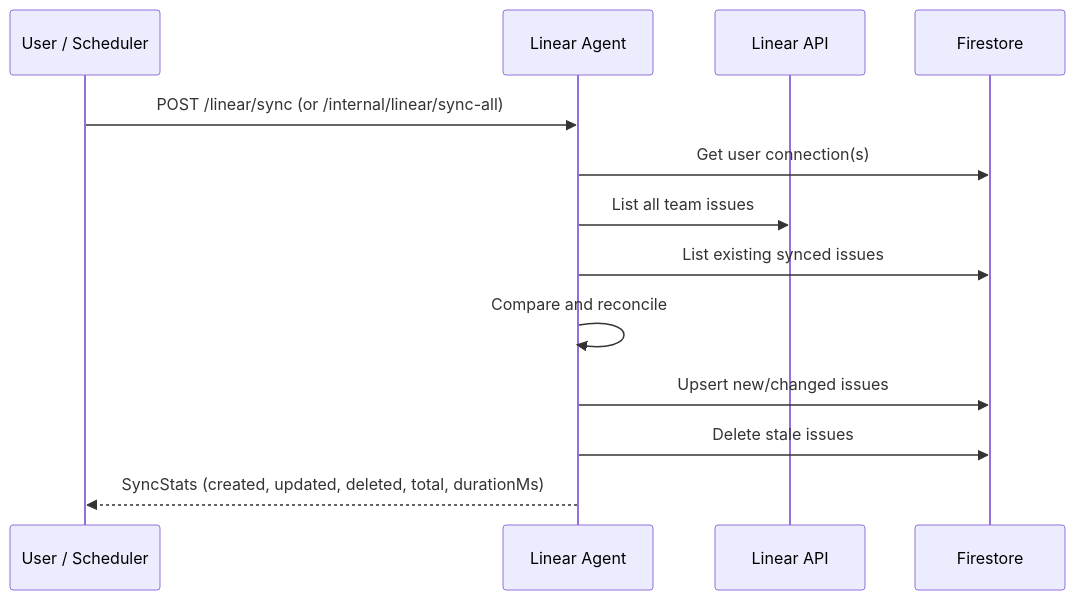
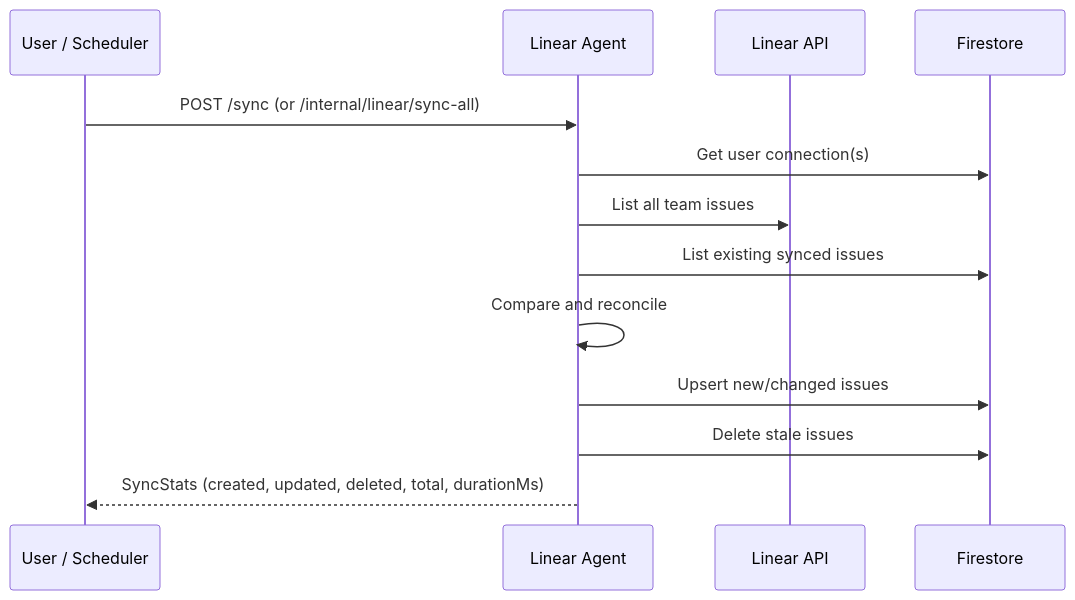
One commit to pbuchman/intexuraos changed the fourth of 5 diagrams in docs/services/linear-agent/technical.md. Above: the diagram before and after it, drawn with Mermaid. The commit also changed other lines of this file and 235 other files, not shown here.

````diff
--- a/docs/services/linear-agent/technical.md
+++ b/docs/services/linear-agent/technical.md
@@ -190,16 +190,16 @@
 ```mermaid
 sequenceDiagram
     participant User as User / Scheduler
     participant LA as Linear Agent
     participant Linear as Linear API
     participant FS as Firestore
 
-    User->>LA: POST /linear/sync (or /internal/linear/sync-all)
+    User->>LA: POST /sync (or /internal/linear/sync-all)
     LA->>FS: Get user connection(s)
     LA->>Linear: List all team issues
     LA->>FS: List existing synced issues
     LA->>LA: Compare and reconcile
     LA->>FS: Upsert new/changed issues
     LA->>FS: Delete stale issues
     LA-->>User: SyncStats (created, updated, deleted, total, durationMs)
 ```
````
